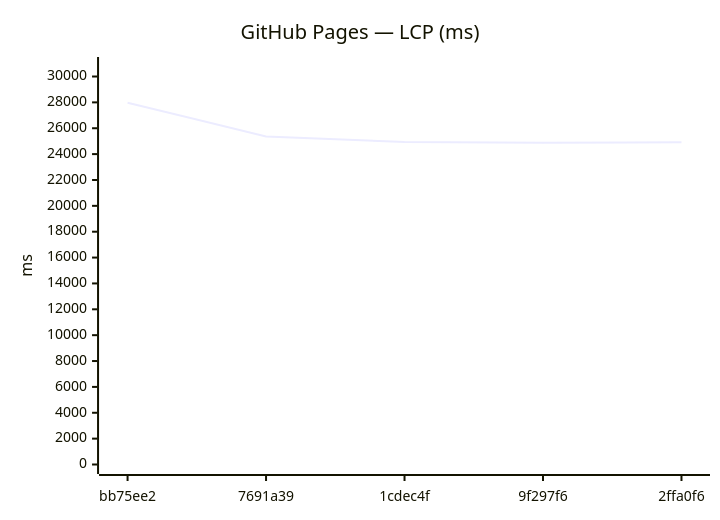
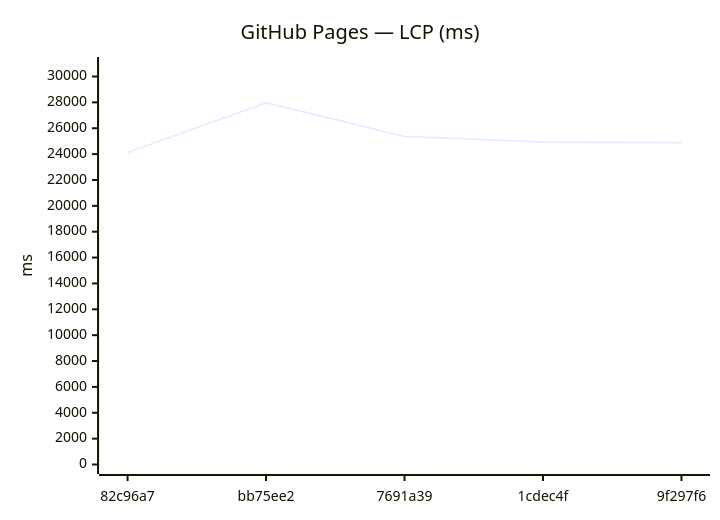
One commit to Metaheurist/Rianell changed the ninth of 18 diagrams in benchmarks/compare.md. Above: the diagram before and after it, drawn with Mermaid. The commit also changed other lines of this file and 11 other files, not shown here.

````diff
--- a/benchmarks/compare.md
+++ b/benchmarks/compare.md
@@ -142,7 +142,7 @@
 ```mermaid
 xychart-beta
     title "GitHub Pages — LCP (ms)"
-    x-axis ["bb75ee2", "7691a39", "1cdec4f", "9f297f6", "2ffa0f6"]
+    x-axis ["82c96a7", "bb75ee2", "7691a39", "1cdec4f", "9f297f6"]
     y-axis "ms" 0 --> 30774
-    line [27976, 25370, 24933, 24873, 24910]
+    line [24113, 27976, 25370, 24933, 24873]
 ```
````
